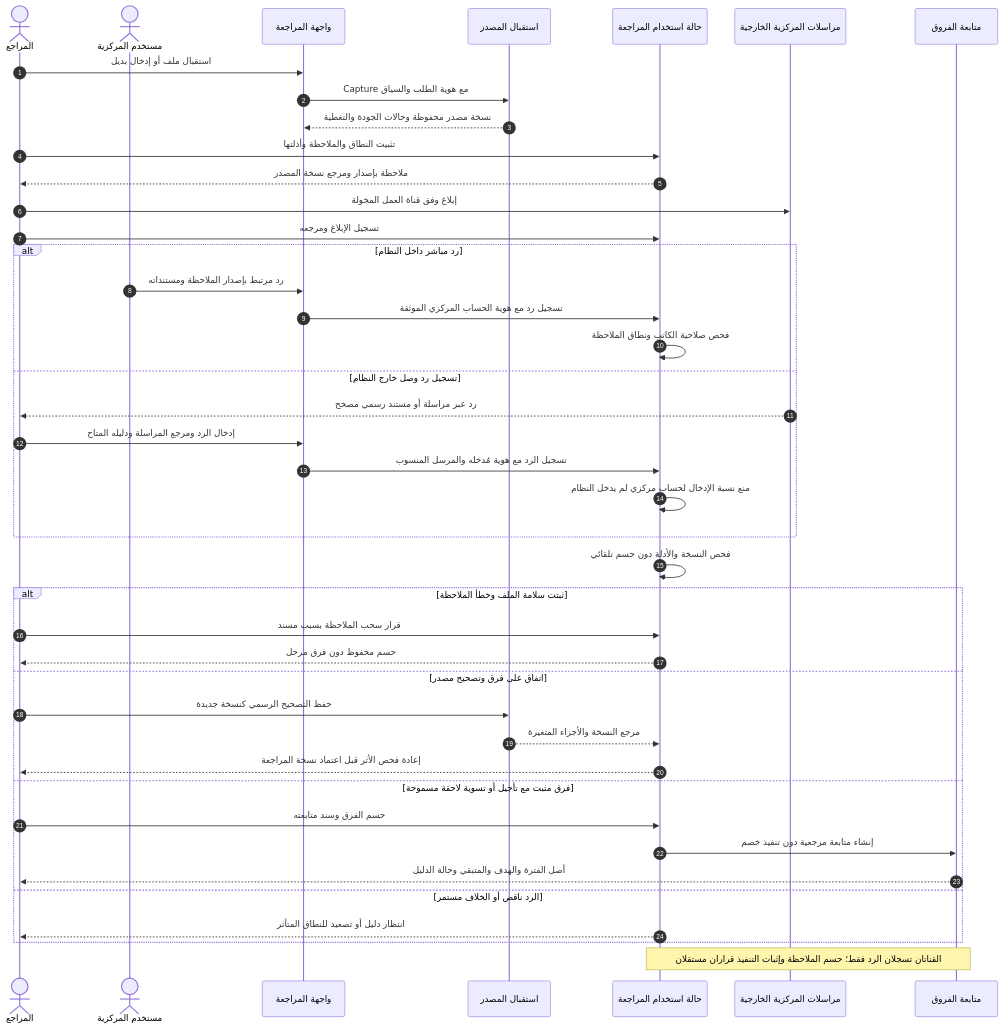
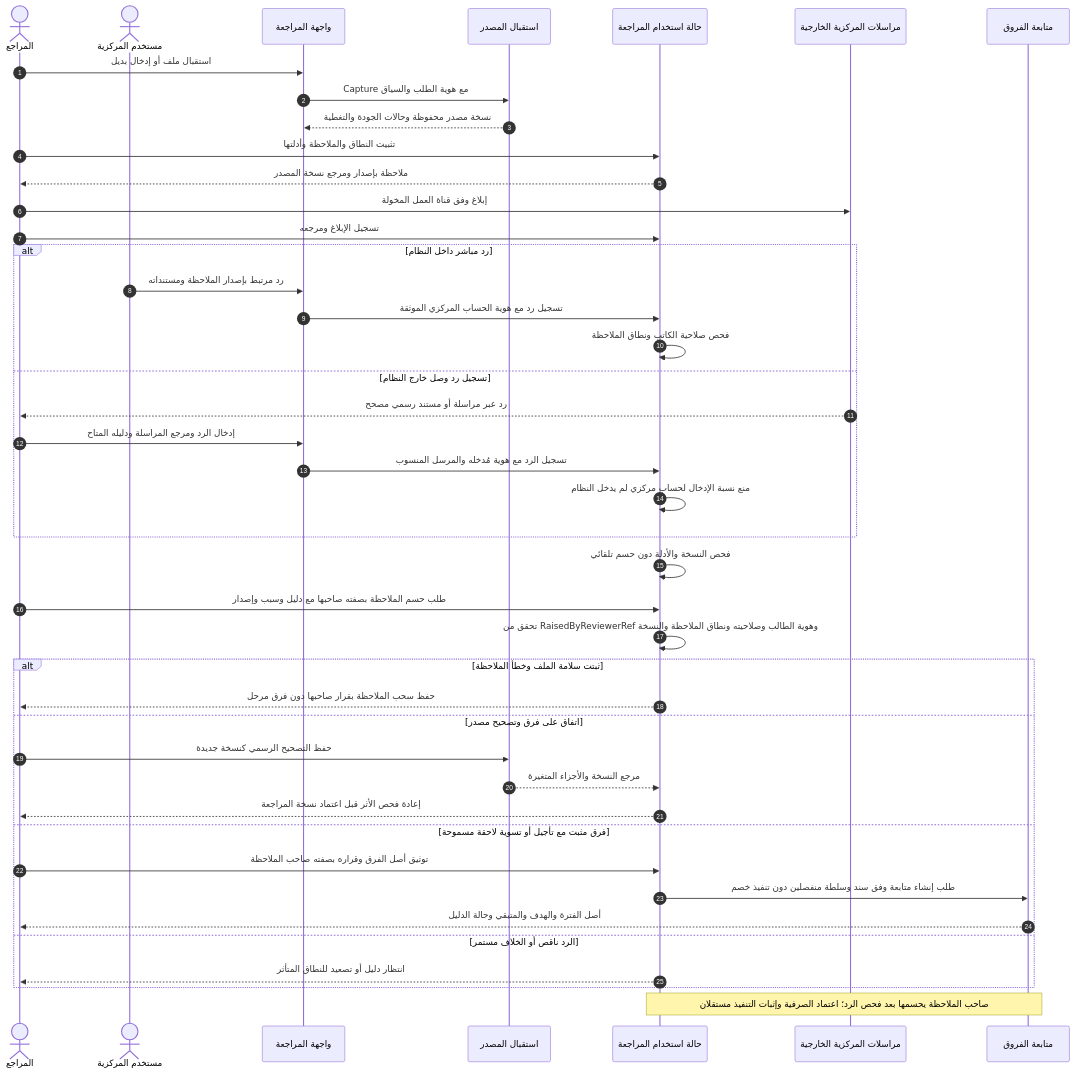
One commit to AlexandriaDeveloper/PayrollReviewSystem changed the second of 5 diagrams in docs/planning/UML-AR.md. Above: the diagram before and after it, drawn with Mermaid. The commit also changed other lines of this file, not shown here.

````diff
--- a/docs/planning/UML-AR.md
+++ b/docs/planning/UML-AR.md
@@ -135,44 +139,45 @@
 ```mermaid
 sequenceDiagram
   autonumber
   actor Reviewer as المراجع
   actor CentralUser as مستخدم المركزية
   participant UI as واجهة المراجعة
   participant Intake as استقبال المصدر
   participant Audit as حالة استخدام المراجعة
   participant Central as مراسلات المركزية الخارجية
   participant Follow as متابعة الفروق
   Reviewer->>UI: استقبال ملف أو إدخال بديل
   UI->>Intake: Capture مع هوية الطلب والسياق
   Intake-->>UI: نسخة مصدر محفوظة وحالات الجودة والتغطية
   Reviewer->>Audit: تثبيت النطاق والملاحظة وأدلتها
   Audit-->>Reviewer: ملاحظة بإصدار ومرجع نسخة المصدر
   Reviewer->>Central: إبلاغ وفق قناة العمل المخولة
   Reviewer->>Audit: تسجيل الإبلاغ ومرجعه
   alt رد مباشر داخل النظام
     CentralUser->>UI: رد مرتبط بإصدار الملاحظة ومستنداته
     UI->>Audit: تسجيل رد مع هوية الحساب المركزي الموثقة
     Audit->>Audit: فحص صلاحية الكاتب ونطاق الملاحظة
   else تسجيل رد وصل خارج النظام
     Central-->>Reviewer: رد عبر مراسلة أو مستند رسمي مصحح
     Reviewer->>UI: إدخال الرد ومرجع المراسلة ودليله المتاح
     UI->>Audit: تسجيل الرد مع هوية مُدخله والمرسل المنسوب
     Audit->>Audit: منع نسبة الإدخال لحساب مركزي لم يدخل النظام
   end
   Audit->>Audit: فحص النسخة والأدلة دون حسم تلقائي
+  Reviewer->>Audit: طلب حسم الملاحظة بصفته صاحبها مع دليل وسبب وإصدار
+  Audit->>Audit: تحقق من RaisedByReviewerRef وهوية الطالب وصلاحيته ونطاق الملاحظة والنسخة
   alt ثبتت سلامة الملف وخطأ الملاحظة
-    Reviewer->>Audit: قرار سحب الملاحظة بسبب مسند
-    Audit-->>Reviewer: حسم محفوظ دون فرق مرحل
+    Audit-->>Reviewer: حفظ سحب الملاحظة بقرار صاحبها دون فرق مرحل
   else اتفاق على فرق وتصحيح مصدر
     Reviewer->>Intake: حفظ التصحيح الرسمي كنسخة جديدة
     Intake-->>Audit: مرجع النسخة والأجزاء المتغيرة
     Audit-->>Reviewer: إعادة فحص الأثر قبل اعتماد نسخة المراجعة
   else فرق مثبت مع تأجيل أو تسوية لاحقة مسموحة
-    Reviewer->>Audit: حسم الفرق وسند متابعته
-    Audit->>Follow: إنشاء متابعة مرجعية دون تنفيذ خصم
+    Reviewer->>Audit: توثيق أصل الفرق وقراره بصفته صاحب الملاحظة
+    Audit->>Follow: طلب إنشاء متابعة وفق سند وسلطة منفصلين دون تنفيذ خصم
     Follow-->>Reviewer: أصل الفترة والهدف والمتبقي وحالة الدليل
   else الرد ناقص أو الخلاف مستمر
     Audit-->>Reviewer: انتظار دليل أو تصعيد للنطاق المتأثر
   end
-  Note over Audit,Follow: القناتان تسجلان الرد فقط؛ حسم الملاحظة وإثبات التنفيذ قراران مستقلان
+  Note over Audit,Follow: صاحب الملاحظة يحسمها بعد فحص الرد؛ اعتماد الصرفية وإثبات التنفيذ مستقلان
 ```
````
